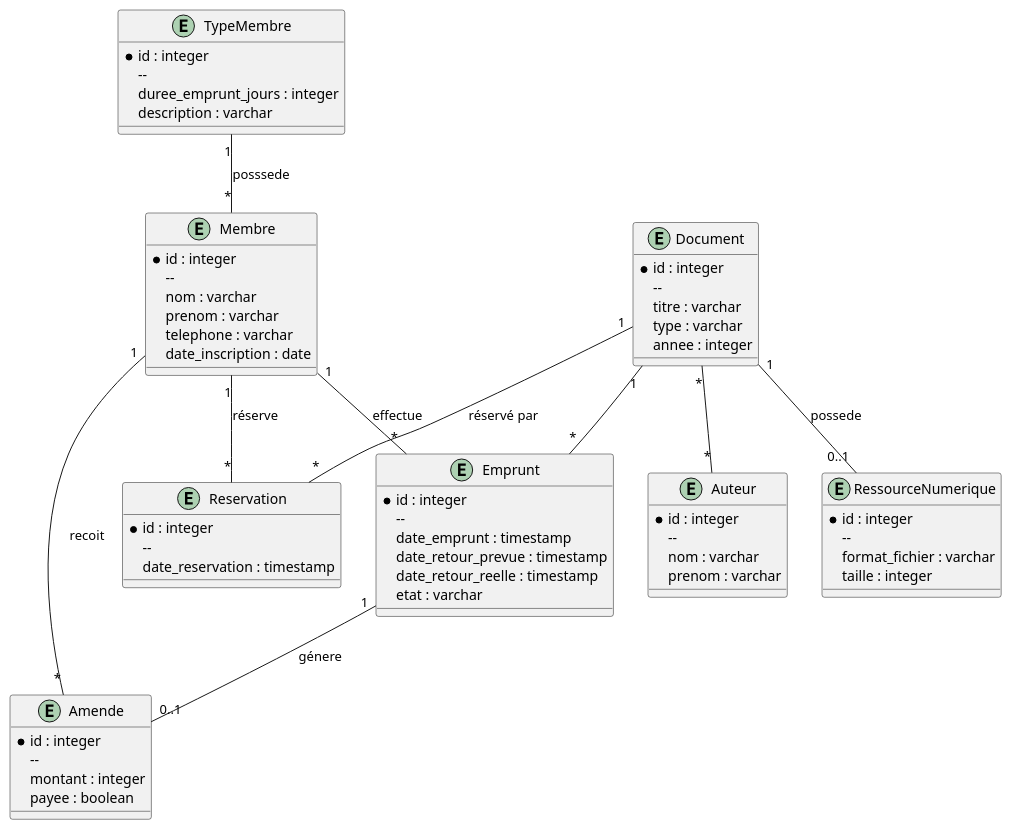
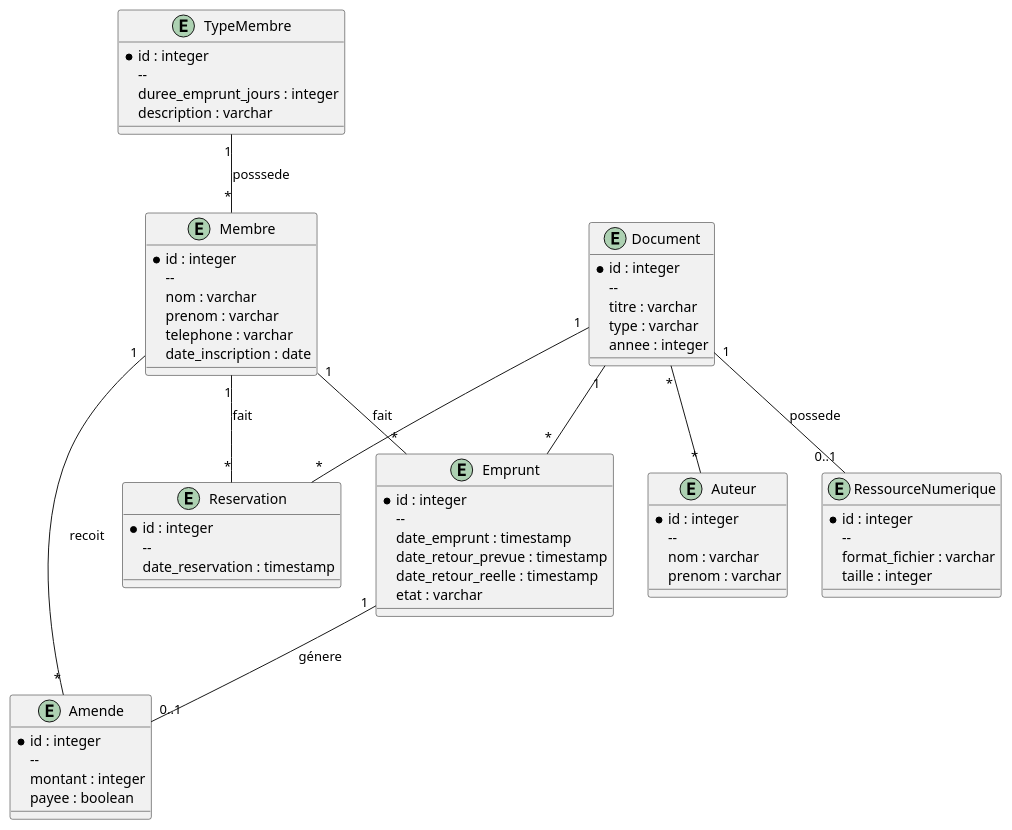
One commit to MouhamadYaya/ProjetBD_2458229 changed the first of 2 diagrams in readme.md. Above: the diagram before and after it, drawn with PlantUML. The commit also changed other lines of this file and 3 other files, not shown here.

Commit message:
Ajout du diagramme physique, Ajout de l'image diagramme logique

```diff
--- a/readme.md
+++ b/readme.md
@@ -43,75 +43,72 @@
 @startuml
 Entity Membre {
 * id : integer
   --
   nom : varchar
   prenom : varchar
   telephone : varchar
   date_inscription : date
   }
 
 Entity TypeMembre {
 * id : integer
   --
   duree_emprunt_jours : integer
   description : varchar
   }
 
 Entity Document {
 * id : integer
   --
   titre : varchar
   type : varchar
   annee : integer
   }
 
 Entity RessourceNumerique {
 * id : integer
   --
   format_fichier : varchar
   taille : integer
   }
 
 Entity Emprunt {
 * id : integer
   --
   date_emprunt : timestamp
   date_retour_prevue : timestamp
   date_retour_reelle : timestamp
   etat : varchar
   }
 
 Entity Reservation {
 * id : integer
   --
   date_reservation : timestamp
   }
 
 Entity Amende {
 * id : integer
   --
   montant : integer
   payee : boolean
   }
 
 Entity Auteur {
 * id : integer
   --
   nom : varchar
   prenom : varchar
   }
 
 TypeMembre "1" -- "*" Membre : "posssede"
 
-Membre "1" -- "*" Emprunt : "effectue"
-Membre "1" -- "*" Reservation : "réserve"
+Membre "1" -- "*" Emprunt : "fait"
+Membre "1" -- "*" Reservation : "fait"
 Membre "1" -- "*" Amende : "recoit"
-
 Document "1" -- "*" Emprunt
-Document "1" -- "*" Reservation : "réservé par"
-
+Document "1" -- "*" Reservation 
 Document "1" -- "0..1" RessourceNumerique : "possede"
-
 Emprunt "1" -- "0..1" Amende : "génere"
 Document "*" -- "*" Auteur
 @enduml
```
